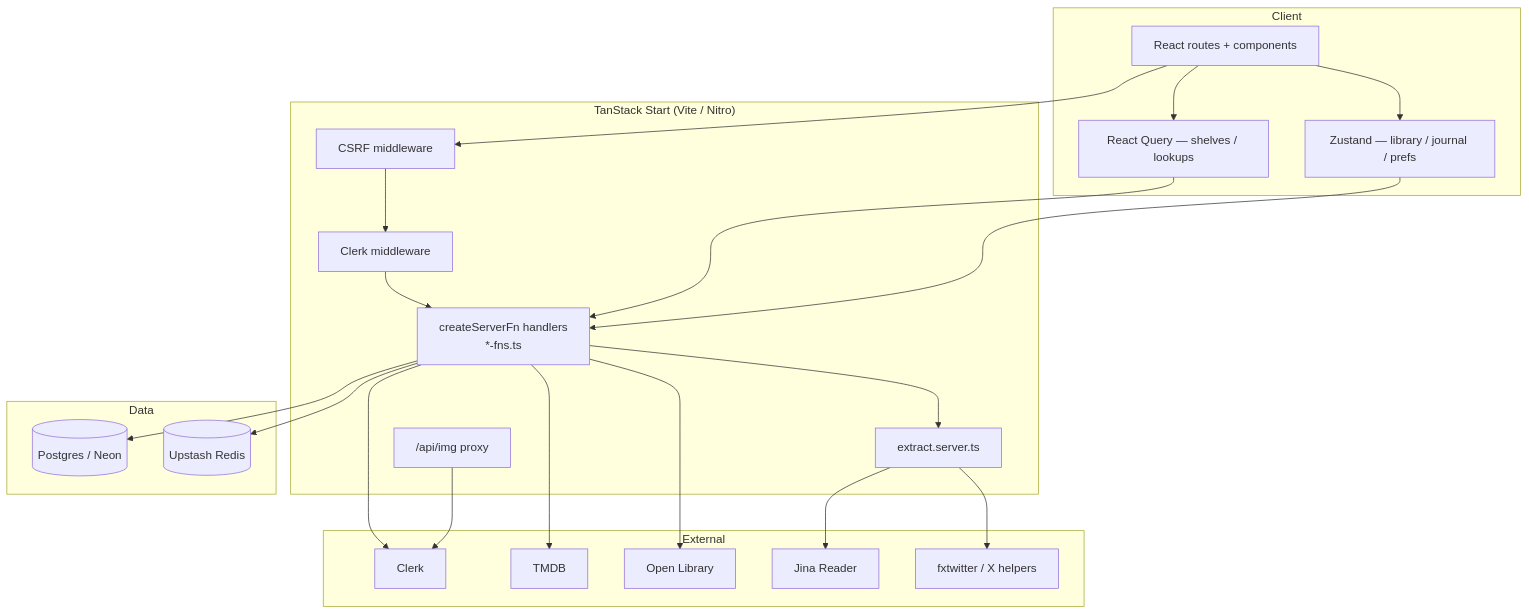
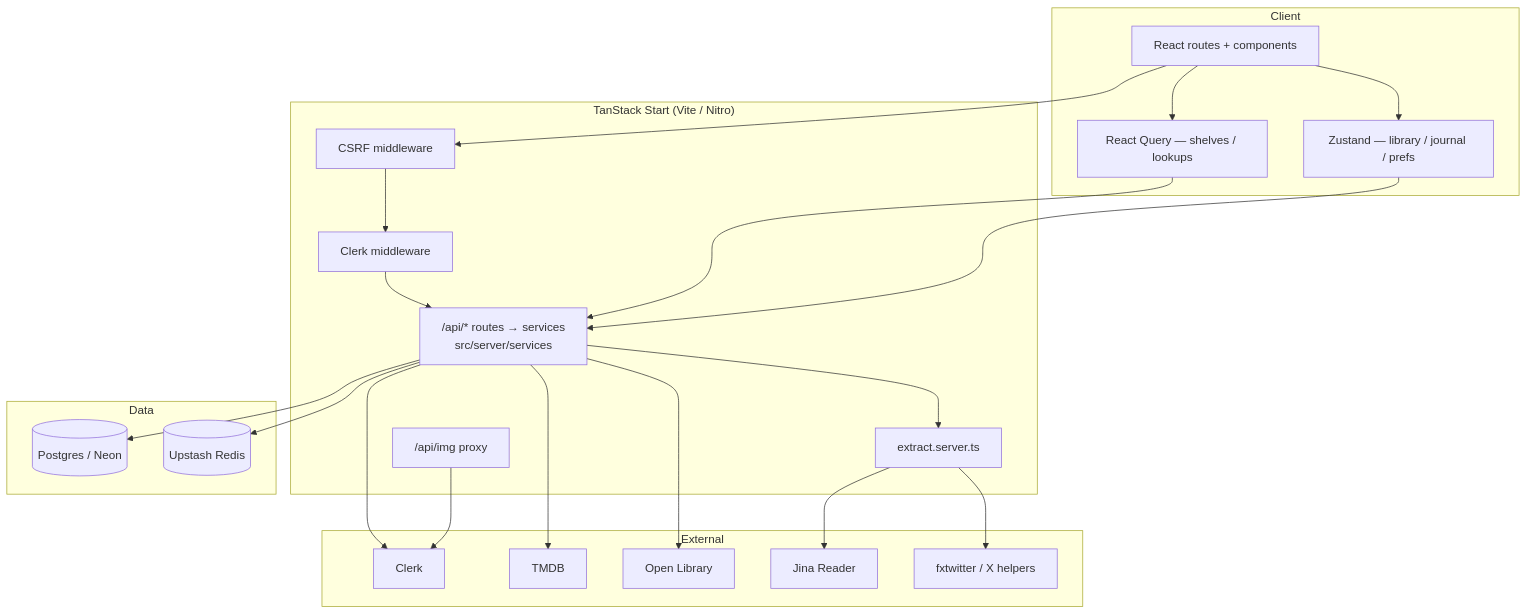
One commit to SahilFruitwala/kami changed the first of 7 diagrams in docs/ARCHITECTURE.md. Above: the diagram before and after it, drawn with Mermaid. The commit also changed other lines of this file and 81 other files, not shown here.

First line of the commit message:
refactor(api): replace server functions with REST API routes

````diff
--- a/docs/ARCHITECTURE.md
+++ b/docs/ARCHITECTURE.md
@@ -24,44 +26,44 @@
 ```mermaid
 flowchart TB
   subgraph Client
     UI[React routes + components]
     Z[Zustand — library / journal / prefs]
     RQ[React Query — shelves / lookups]
   end
 
   subgraph Start["TanStack Start (Vite / Nitro)"]
     CSRF[CSRF middleware]
     ClerkMW[Clerk middleware]
-    SFNs["createServerFn handlers<br/>*-fns.ts"]
+    SFNs["/api/* routes → services<br/>src/server/services"]
     Extract[extract.server.ts]
     Img["/api/img proxy"]
   end
 
   subgraph Data
     PG[(Postgres / Neon)]
     Redis[(Upstash Redis)]
   end
 
   subgraph External
     Clerk[Clerk]
     TMDB[TMDB]
     OL[Open Library]
     Jina[Jina Reader]
     FX[fxtwitter / X helpers]
   end
 
   UI --> Z
   UI --> RQ
   UI --> CSRF --> ClerkMW --> SFNs
   SFNs --> PG
   SFNs --> Redis
   SFNs --> Extract
   Extract --> Jina
   Extract --> FX
   RQ --> SFNs
   Z --> SFNs
   SFNs --> Clerk
   SFNs --> TMDB
   SFNs --> OL
   Img --> Clerk
 ```
````
